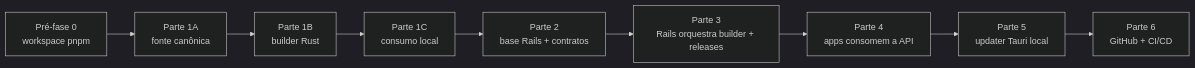
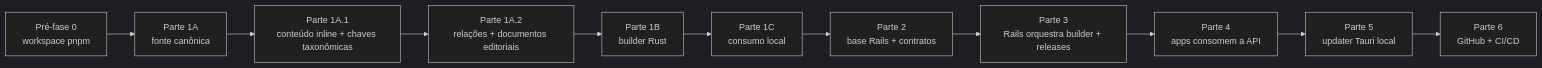
The first of 3 diagrams in docs/plans/hub-server/README.md (migmoroni/veterinary-clinic), drawn with Mermaid (dark theme) before and after one commit. The commit also changed other lines of this file and 714 other files, not shown here.

````diff
--- a/docs/plans/hub-server/README.md
+++ b/docs/plans/hub-server/README.md
@@ -30,14 +33,16 @@
 ```mermaid
 flowchart LR
     P0["Pré-fase 0<br/>workspace pnpm"]
     P1A["Parte 1A<br/>fonte canônica"]
+    P1A1["Parte 1A.1<br/>conteúdo inline + chaves taxonômicas"]
+    P1A2["Parte 1A.2<br/>relações + documentos editoriais"]
     P1B["Parte 1B<br/>builder Rust"]
     P1C["Parte 1C<br/>consumo local"]
     P2["Parte 2<br/>base Rails + contratos"]
     P3["Parte 3<br/>Rails orquestra builder + releases"]
     P4["Parte 4<br/>apps consomem a API"]
     P5["Parte 5<br/>updater Tauri local"]
     P6["Parte 6<br/>GitHub + CI/CD"]
 
-    P0 --> P1A --> P1B --> P1C --> P2 --> P3 --> P4 --> P5 --> P6
+    P0 --> P1A --> P1A1 --> P1A2 --> P1B --> P1C --> P2 --> P3 --> P4 --> P5 --> P6
 ```
````
